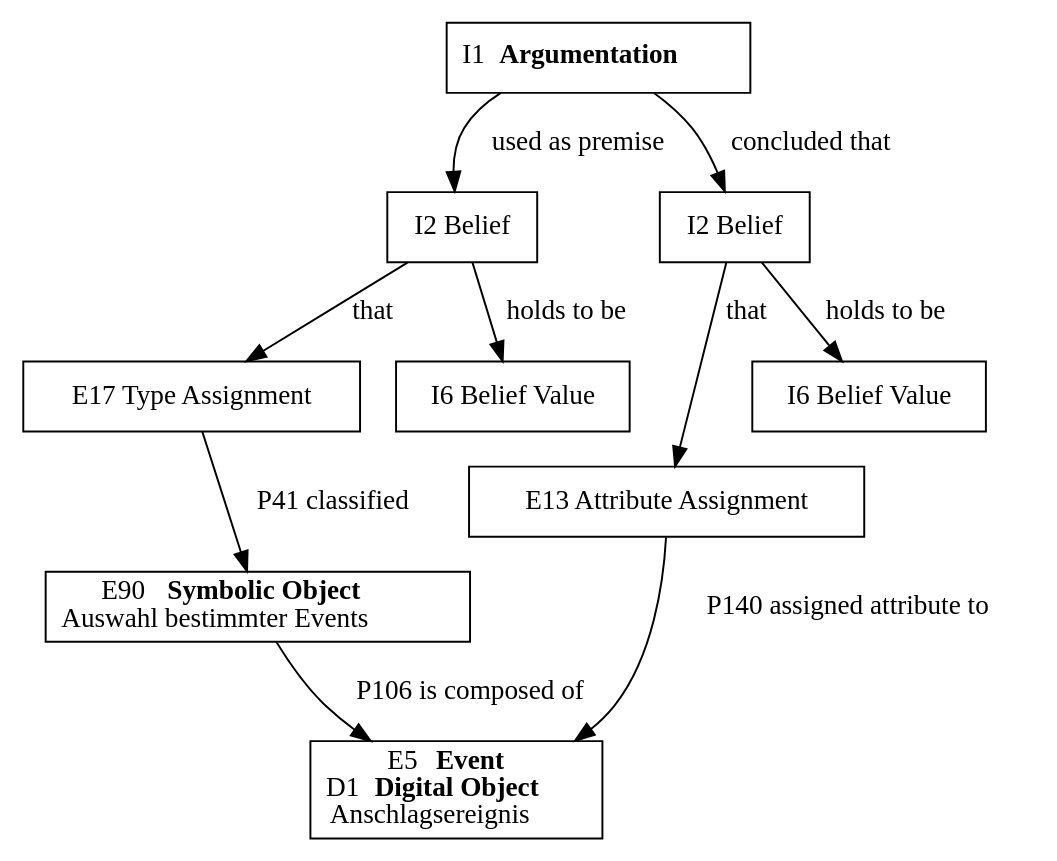
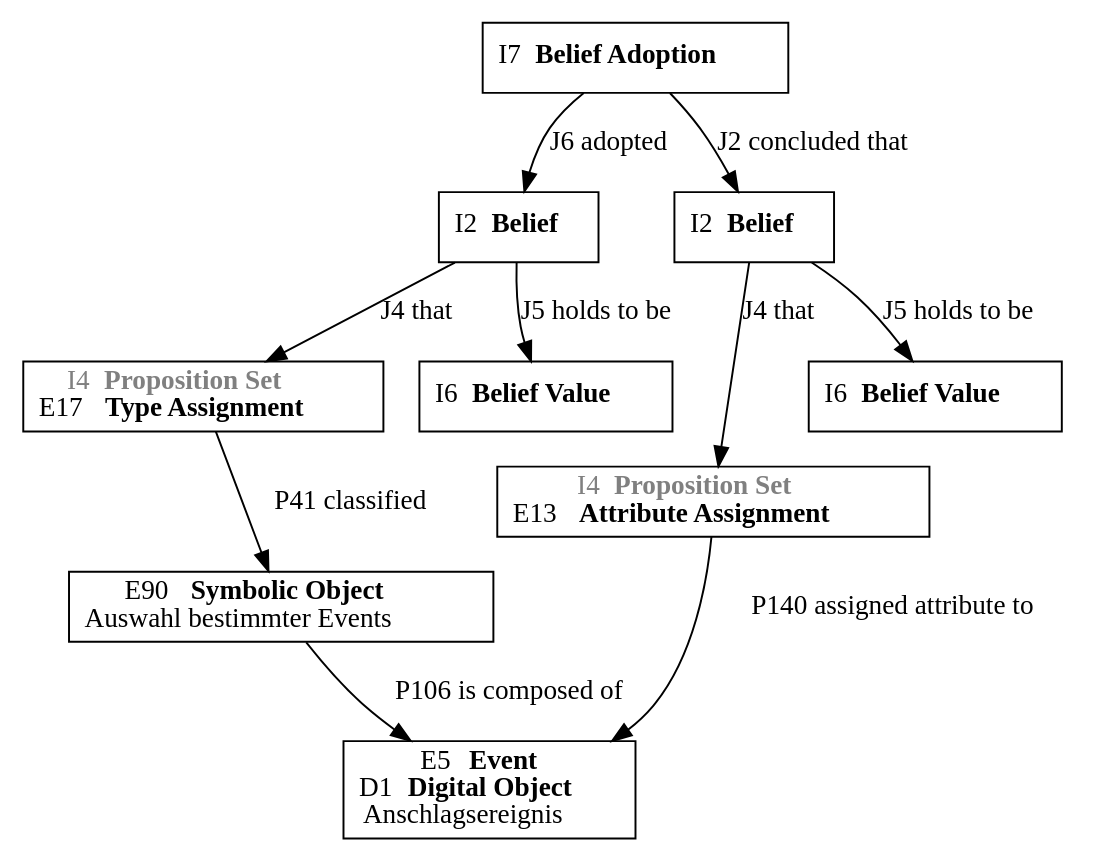
Before and after one commit to pfefferniels/roll-desk: the diagram in figures/data/argumentation.dot, drawn with Graphviz. The commit also changed 1 other file, not shown here.

```diff
--- a/figures/data/argumentation.dot
+++ b/figures/data/argumentation.dot
@@ -1,28 +1,28 @@
 digraph G {
     node [shape="box"]
 
     Event[label=<E5 <B>Event</B><BR/>D1 <B>Digital Object</B><BR/>Anschlagsereignis>]
     Selection[label=<E90 <B>Symbolic Object</B><BR/>Auswahl bestimmter Events>]
 
     Selection -> Event[label="P106 is composed of"]
 
-    TypeAssignment[label="E17 Type Assignment"]
+    TypeAssignment[label=<<FONT color="gray">I4 <B>Proposition Set</B></FONT><BR/>E17 <B>Type Assignment</B>>]
     TypeAssignment -> Selection[label="P41 classified"]
 
-    E13[label="E13 Attribute Assignment"]
+    E13[label=<<FONT color="gray">I4 <B>Proposition Set</B></FONT><BR/>E13 <B>Attribute Assignment</B>>]
     E13 -> Event[label="P140 assigned attribute to"]
 
-    Belief1[label="I2 Belief"]
-    Likely1[label="I6 Belief Value"]
-    Belief1 -> TypeAssignment[label="that"]
-    Belief1 -> Likely1[label="holds to be"]
+    Belief1[label=<I2 <B>Belief</B>>]
+    Likely1[label=<I6 <B>Belief Value</B>>]
+    Belief1 -> TypeAssignment[label=<J4 that>]
+    Belief1 -> Likely1[label=<J5 holds to be>]
 
-    Belief2[label="I2 Belief"]
-    Likely2[label="I6 Belief Value"]
-    Belief2 -> E13[label="that"]
-    Belief2 -> Likely2[label="holds to be"]
+    Belief2[label=<I2 <B>Belief</B>>]
+    Likely2[label=<I6 <B>Belief Value</B>>]
+    Belief2 -> E13[label=<J4 that>]
+    Belief2 -> Likely2[label=<J5 holds to be>]
 
-    Argumentation[label=<I1 <B>Argumentation</B>>]
-    Argumentation -> Belief1[label="used as premise"]
-    Argumentation -> Belief2[label="concluded that"]
+    Argumentation[label=<I7 <B>Belief Adoption</B>>]
+    Argumentation -> Belief1[label=<J6 adopted>]
+    Argumentation -> Belief2[label=<J2 concluded that>]
 }
```
